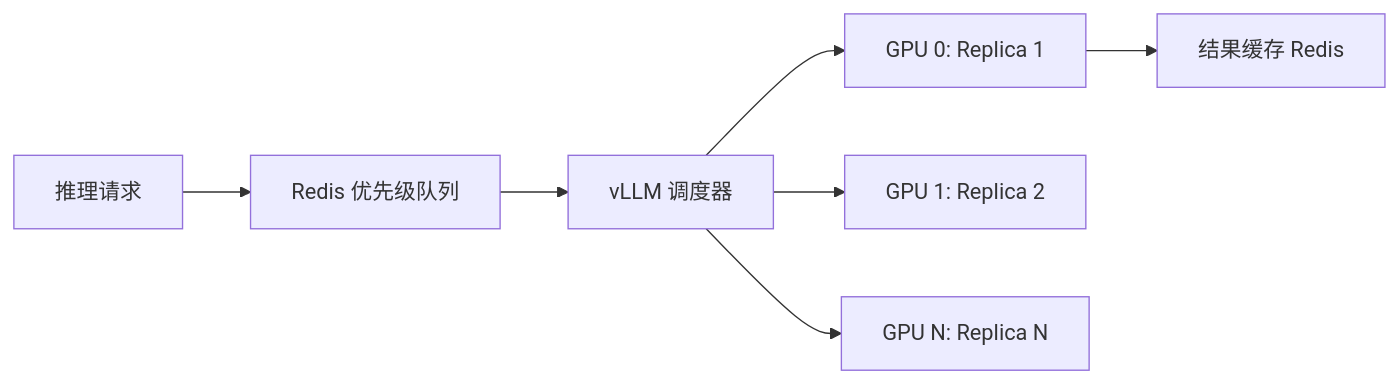
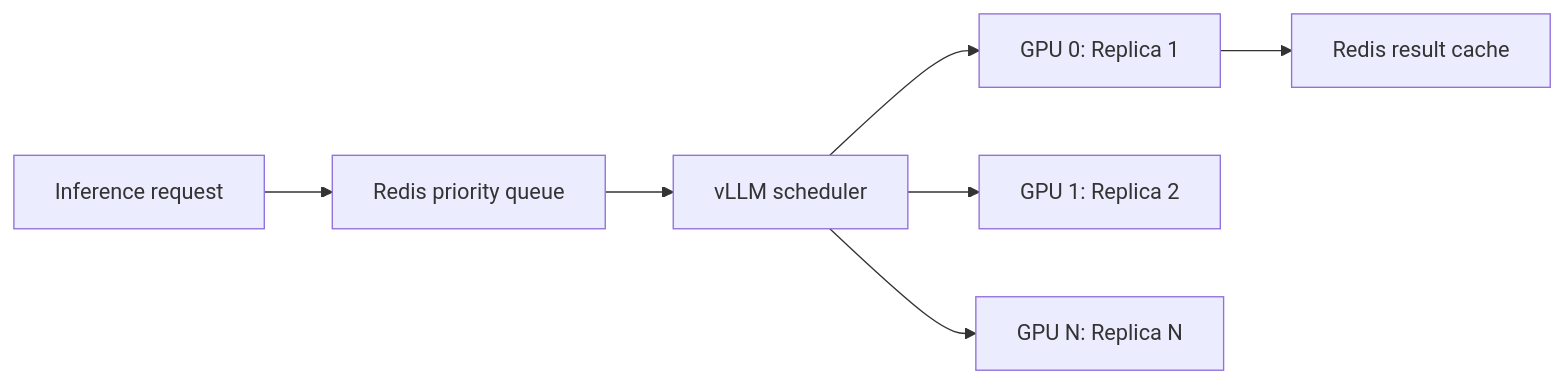
One commit to LAnthonyJ/datalens-lab changed the second of 8 diagrams in Q2_architecture.md. Above: the diagram before and after it, drawn with Mermaid. The commit also changed other lines of this file and 11 other files, not shown here.

````diff
--- a/Q2_architecture.md
+++ b/Q2_architecture.md
@@ -103,9 +90,9 @@
 ```mermaid
 graph LR
-    REQ[推理请求] --> QUEUE[Redis 优先级队列]
-    QUEUE --> SCHED[vLLM 调度器]
+    REQ[Inference request] --> QUEUE[Redis priority queue]
+    QUEUE --> SCHED[vLLM scheduler]
     SCHED --> GPU0[GPU 0: Replica 1]
     SCHED --> GPU1[GPU 1: Replica 2]
     SCHED --> GPU2[GPU N: Replica N]
-    GPU0 --> CACHE[结果缓存 Redis]
+    GPU0 --> CACHE[Redis result cache]
 ```
````
